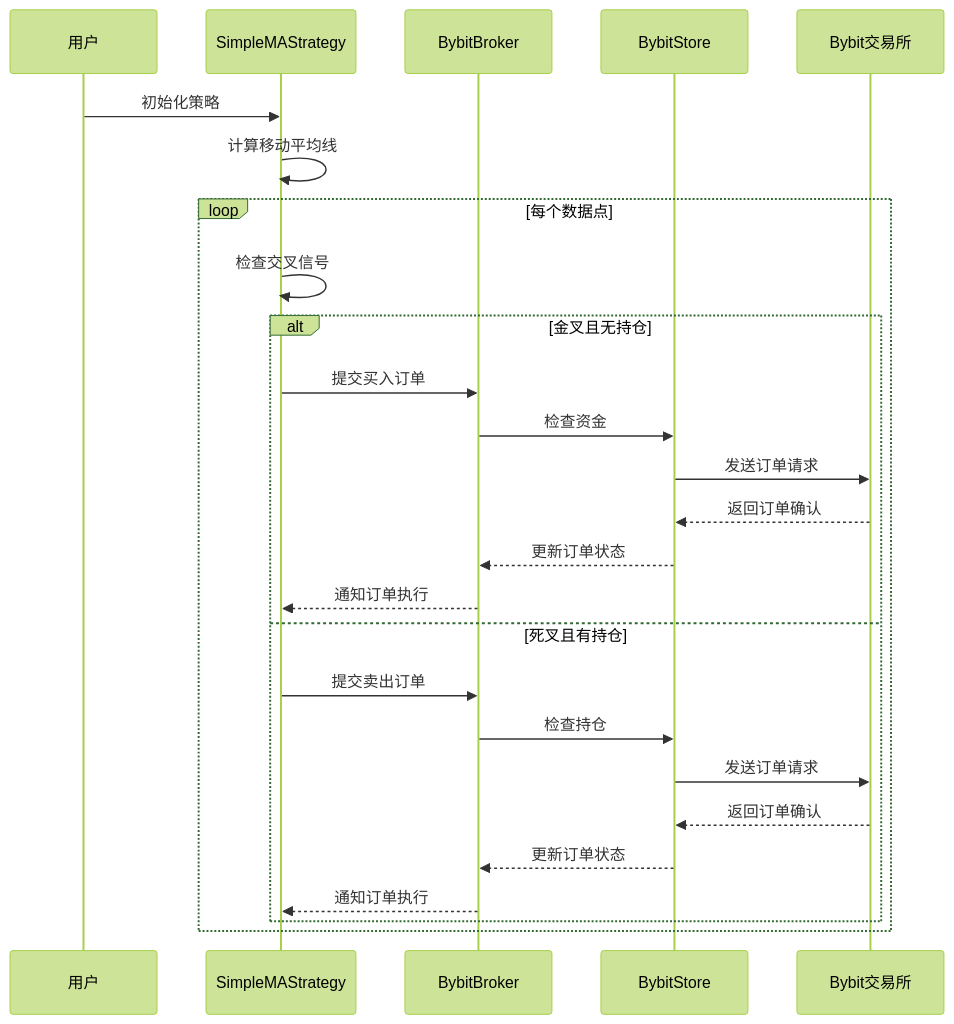
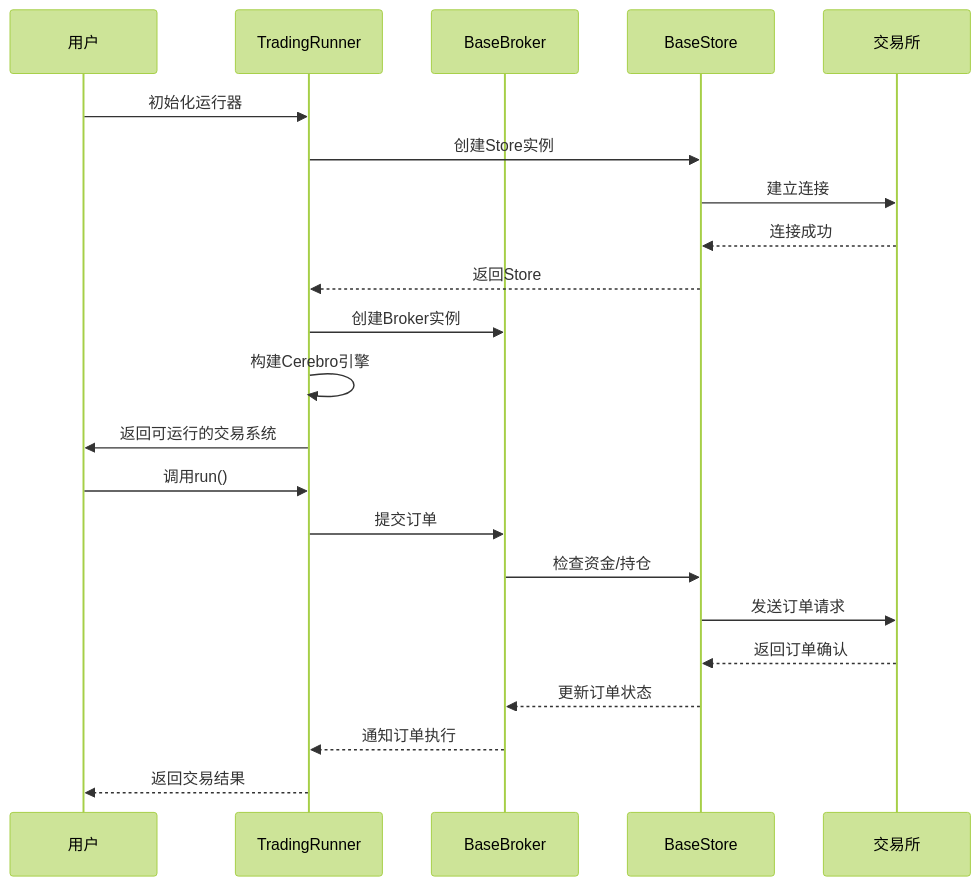
One commit to bench-prog/backtrader changed the fourth of 4 diagrams in .qoder/repowiki/zh/content/实盘交易模块/Bybit交易所集成/Bybit示例与最佳实践.md. Above: the diagram before and after it, drawn with Mermaid (forest theme). The commit also changed other lines of this file and 23 other files, not shown here.

````diff
--- a/.qoder/repowiki/zh/content/实盘交易模块/Bybit交易所集成/Bybit示例与最佳实践.md
+++ b/.qoder/repowiki/zh/content/实盘交易模块/Bybit交易所集成/Bybit示例与最佳实践.md
@@ -232,28 +254,24 @@
 ```mermaid
 sequenceDiagram
 participant U as 用户
-participant S as SimpleMAStrategy
-participant B as BybitBroker
-participant ST as BybitStore
-participant EX as Bybit交易所
-U->>S : 初始化策略
-S->>S : 计算移动平均线
-loop 每个数据点
-S->>S : 检查交叉信号
-alt 金叉且无持仓
-S->>B : 提交买入订单
-B->>ST : 检查资金
+participant LR as TradingRunner
+participant BR as BaseBroker
+participant ST as BaseStore
+participant EX as 交易所
+U->>LR : 初始化运行器
+LR->>ST : 创建Store实例
+ST->>EX : 建立连接
+EX-->>ST : 连接成功
+ST-->>LR : 返回Store
+LR->>BR : 创建Broker实例
+LR->>LR : 构建Cerebro引擎
+LR->>U : 返回可运行的交易系统
+U->>LR : 调用run()
+LR->>BR : 提交订单
+BR->>ST : 检查资金/持仓
 ST->>EX : 发送订单请求
 EX-->>ST : 返回订单确认
-ST-->>B : 更新订单状态
-B-->>S : 通知订单执行
-else 死叉且有持仓
-S->>B : 提交卖出订单
-B->>ST : 检查持仓
-ST->>EX : 发送订单请求
-EX-->>ST : 返回订单确认
-ST-->>B : 更新订单状态
-B-->>S : 通知订单执行
-end
-end
+ST-->>BR : 更新订单状态
+BR-->>LR : 通知订单执行
+LR-->>U : 返回交易结果
 ```
````
